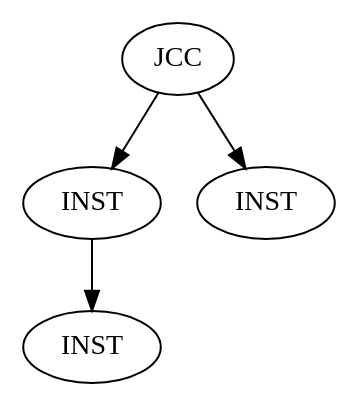
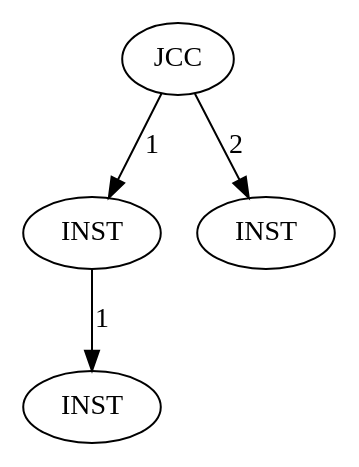
The diagram in tests_graphs/test1/test.dot (yaps8/griso), drawn with Graphviz before and after one commit. The commit also changed 25 other files, not shown here.

```diff
--- a/tests_graphs/test1/test.dot
+++ b/tests_graphs/test1/test.dot
@@ -1,9 +1,9 @@
 Digraph G {
 "A" [label = "JCC" , options="root"]
 "B" [label = "INST"]
 "C" [label = "INST"]
 "D" [label = "INST"]
-"A" -> "B"
-"A" -> "C"
-"B" -> "D"
+"A" -> "B" [label = "1"]
+"A" -> "C" [label = "2"]
+"B" -> "D" [label = "1"]
 }
```
